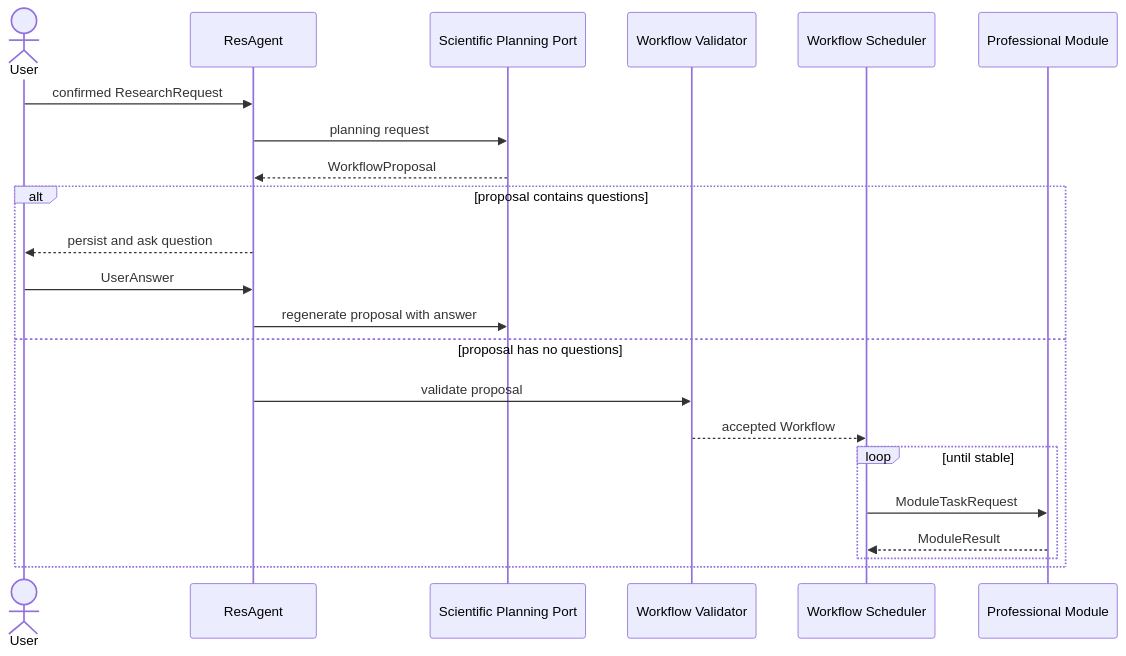
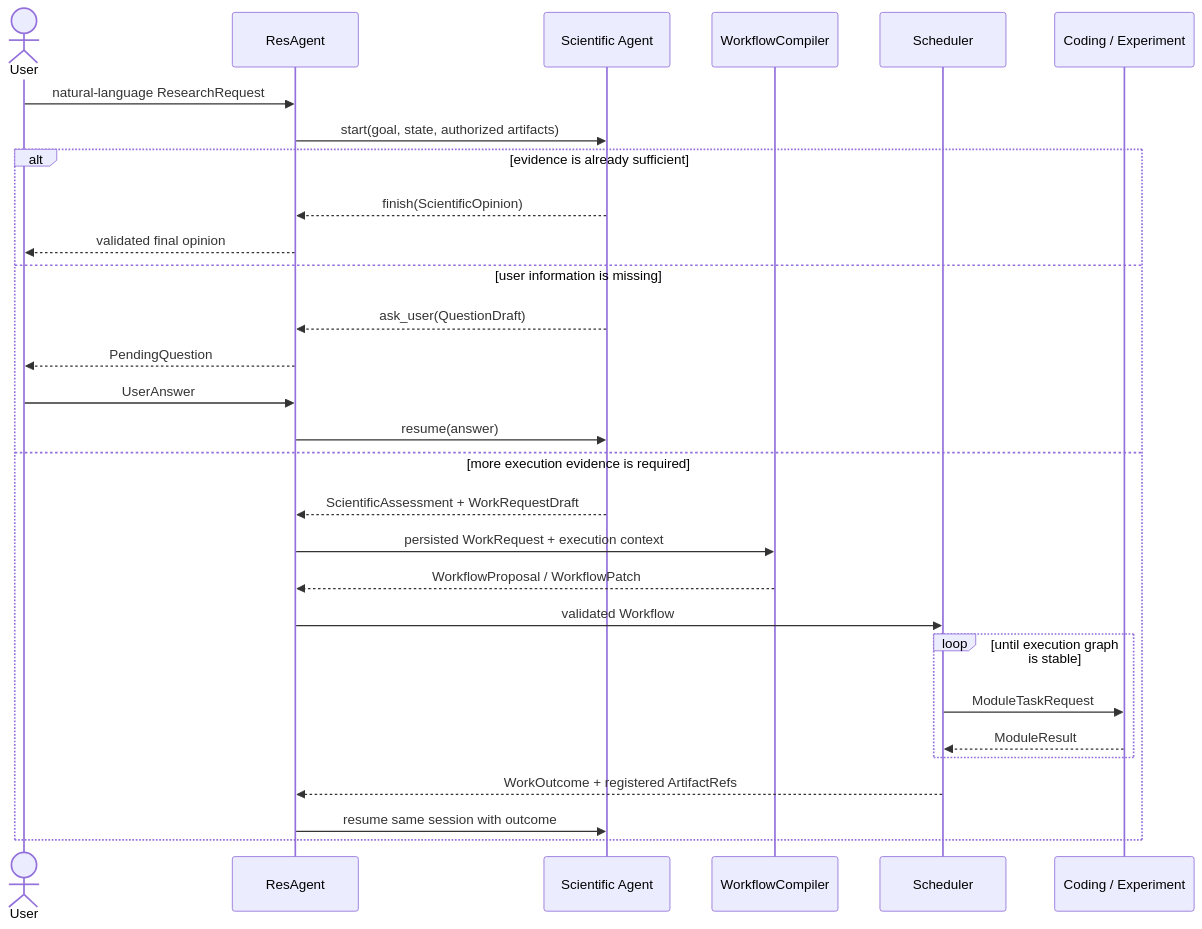
One commit to ylc123456789/ResAgent2 changed the second of 4 diagrams in docs/ARCHITECTURE.md. Above: the diagram before and after it, drawn with Mermaid. The commit also changed other lines of this file and 8 other files, not shown here.

Commit message:
docs: define phase 7 scientific control architecture

````diff
--- a/docs/ARCHITECTURE.md
+++ b/docs/ARCHITECTURE.md
@@ -195,25 +215,31 @@
 ```mermaid
 sequenceDiagram
     actor User
     participant Res as ResAgent
-    participant Sci as Scientific Planning Port
-    participant Val as Workflow Validator
-    participant Sch as Workflow Scheduler
-    participant Mod as Professional Module
-
-    User->>Res: confirmed ResearchRequest
-    Res->>Sci: planning request
-    Sci-->>Res: WorkflowProposal
-    alt proposal contains questions
-        Res-->>User: persist and ask question
+    participant Sci as Scientific Agent
+    participant Comp as WorkflowCompiler
+    participant Sch as Scheduler
+    participant Exec as Coding / Experiment
+    User->>Res: natural-language ResearchRequest
+    Res->>Sci: start(goal, state, authorized artifacts)
+    alt evidence is already sufficient
+        Sci-->>Res: finish(ScientificOpinion)
+        Res-->>User: validated final opinion
+    else user information is missing
+        Sci-->>Res: ask_user(QuestionDraft)
+        Res-->>User: PendingQuestion
         User->>Res: UserAnswer
-        Res->>Sci: regenerate proposal with answer
-    else proposal has no questions
-        Res->>Val: validate proposal
-        Val-->>Sch: accepted Workflow
-        loop until stable
-            Sch->>Mod: ModuleTaskRequest
-            Mod-->>Sch: ModuleResult
+        Res->>Sci: resume(answer)
+    else more execution evidence is required
+        Sci-->>Res: ScientificAssessment + WorkRequestDraft
+        Res->>Comp: persisted WorkRequest + execution context
+        Comp-->>Res: WorkflowProposal / WorkflowPatch
+        Res->>Sch: validated Workflow
+        loop until execution graph is stable
+            Sch->>Exec: ModuleTaskRequest
+            Exec-->>Sch: ModuleResult
         end
+        Sch-->>Res: WorkOutcome + registered ArtifactRefs
+        Res->>Sci: resume same session with outcome
     end
 ```
````
